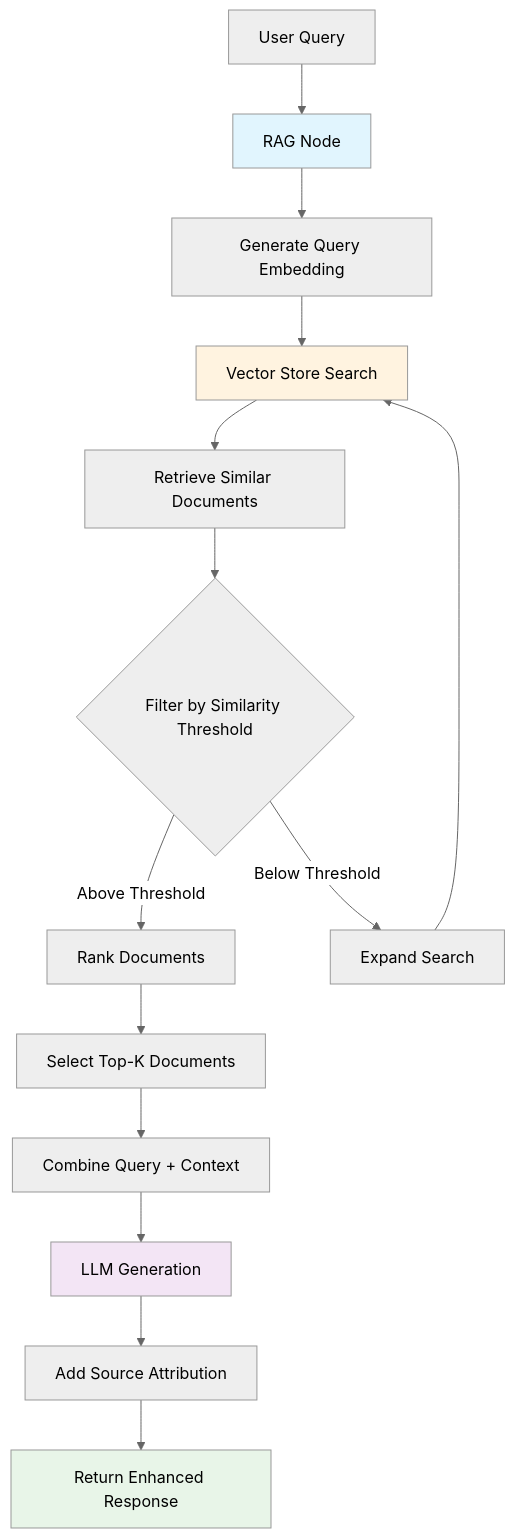
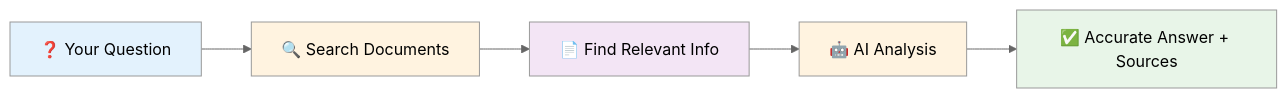
One commit to agentic-com/Agentic-Flow-Doc changed the diagram in src/content/docs/integrations/builtin/ai/AIAgents/RAGNode.md. Above: the diagram before and after it, drawn with Mermaid (neutral theme). The commit also changed other lines of this file and 13 other files, not shown here.

````diff
--- a/src/content/docs/integrations/builtin/ai/AIAgents/RAGNode.md
+++ b/src/content/docs/integrations/builtin/ai/AIAgents/RAGNode.md
@@ -260,21 +49,13 @@
 ```mermaid
-flowchart TD
-    A[User Query] --> B[RAG Node]
-    B --> C[Generate Query Embedding]
-    C --> D[Vector Store Search]
-    D --> E[Retrieve Similar Documents]
-    E --> F{Filter by Similarity Threshold}
-    F -->|Above Threshold| G[Rank Documents]
-    F -->|Below Threshold| H[Expand Search]
-    G --> I[Select Top-K Documents]
-    I --> J[Combine Query + Context]
-    J --> K[LLM Generation]
-    K --> L[Add Source Attribution]
-    L --> M[Return Enhanced Response]
-    H --> D
+flowchart LR
+    A[❓ Your Question] --> B[🔍 Search Documents]
+    B --> C[📄 Find Relevant Info]
+    C --> D[🤖 AI Analysis]
+    D --> E[✅ Accurate Answer + Sources]
     
-    style B fill:#e1f5fe
+    style A fill:#e3f2fd
+    style B fill:#fff3e0
+    style C fill:#f3e5f5
     style D fill:#fff3e0
-    style K fill:#f3e5f5
-    style M fill:#e8f5e8
+    style E fill:#e8f5e8
 ```
````
